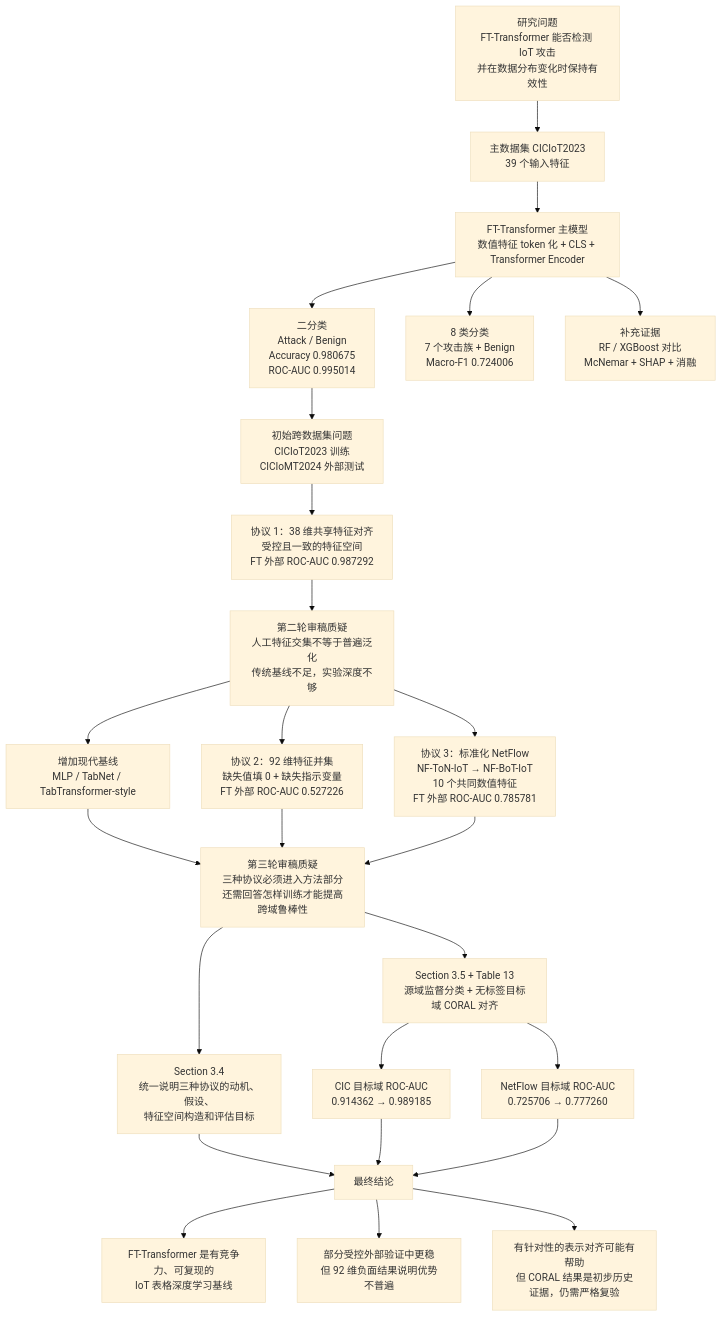
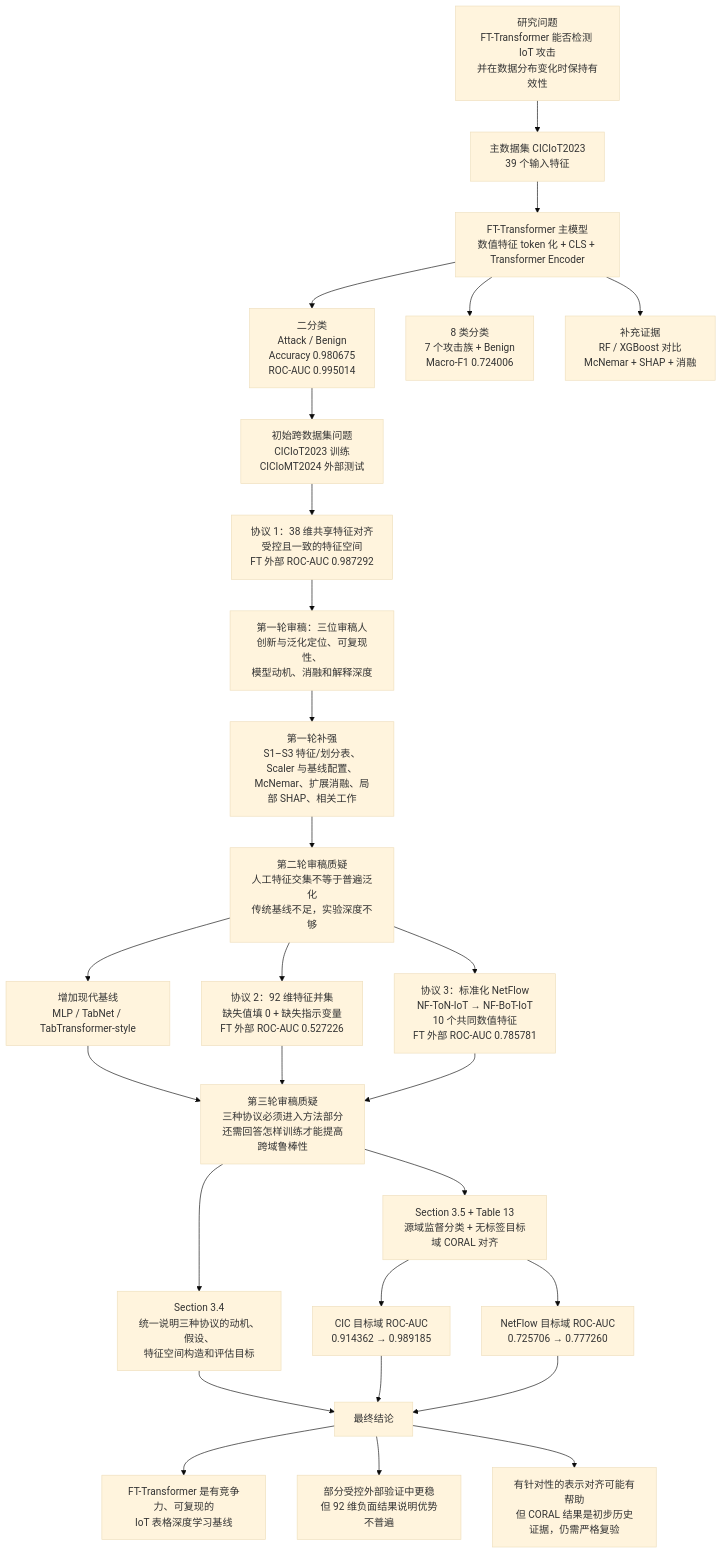
The first of 2 diagrams in README.md (musicoffee/ft-transformer-iot-intrusion-detection), drawn with Mermaid (base theme) before and after one commit. The commit also changed other lines of this file and 1 other file, not shown here.

````diff
--- a/README.md
+++ b/README.md
@@ -27,31 +27,33 @@
 ```mermaid
 flowchart TD
     A["研究问题<br/>FT-Transformer 能否检测 IoT 攻击<br/>并在数据分布变化时保持有效性"] --> B["主数据集 CICIoT2023<br/>39 个输入特征"]
     B --> C["FT-Transformer 主模型<br/>数值特征 token 化 + CLS + Transformer Encoder"]
     C --> D1["二分类<br/>Attack / Benign<br/>Accuracy 0.980675<br/>ROC-AUC 0.995014"]
     C --> D2["8 类分类<br/>7 个攻击族 + Benign<br/>Macro-F1 0.724006"]
     C --> D3["补充证据<br/>RF / XGBoost 对比<br/>McNemar + SHAP + 消融"]
 
     D1 --> E["初始跨数据集问题<br/>CICIoT2023 训练<br/>CICIoMT2024 外部测试"]
     E --> P1["协议 1：38 维共享特征对齐<br/>受控且一致的特征空间<br/>FT 外部 ROC-AUC 0.987292"]
 
-    P1 --> R2["第二轮审稿质疑<br/>人工特征交集不等于普遍泛化<br/>传统基线不足，实验深度不够"]
+    P1 --> R1["第一轮审稿：三位审稿人<br/>创新与泛化定位、可复现性、<br/>模型动机、消融和解释深度"]
+    R1 --> A1["第一轮补强<br/>S1–S3 特征/划分表、Scaler 与基线配置、<br/>McNemar、扩展消融、局部 SHAP、相关工作"]
+    A1 --> R2["第二轮审稿质疑<br/>人工特征交集不等于普遍泛化<br/>传统基线不足，实验深度不够"]
     R2 --> M["增加现代基线<br/>MLP / TabNet / TabTransformer-style"]
     R2 --> P2["协议 2：92 维特征并集<br/>缺失值填 0 + 缺失指示变量<br/>FT 外部 ROC-AUC 0.527226"]
     R2 --> P3["协议 3：标准化 NetFlow<br/>NF-ToN-IoT → NF-BoT-IoT<br/>10 个共同数值特征<br/>FT 外部 ROC-AUC 0.785781"]
 
     M --> R3["第三轮审稿质疑<br/>三种协议必须进入方法部分<br/>还需回答怎样训练才能提高跨域鲁棒性"]
     P2 --> R3
     P3 --> R3
     R3 --> S34["Section 3.4<br/>统一说明三种协议的动机、假设、<br/>特征空间构造和评估目标"]
     R3 --> CORAL["Section 3.5 + Table 13<br/>源域监督分类 + 无标签目标域 CORAL 对齐"]
     CORAL --> C1["CIC 目标域 ROC-AUC<br/>0.914362 → 0.989185"]
     CORAL --> C2["NetFlow 目标域 ROC-AUC<br/>0.725706 → 0.777260"]
 
     S34 --> F["最终结论"]
     C1 --> F
     C2 --> F
     F --> F1["FT-Transformer 是有竞争力、可复现的<br/>IoT 表格深度学习基线"]
     F --> F2["部分受控外部验证中更稳<br/>但 92 维负面结果说明优势不普遍"]
     F --> F3["有针对性的表示对齐可能有帮助<br/>但 CORAL 结果是初步历史证据，仍需严格复验"]
 ```
````
